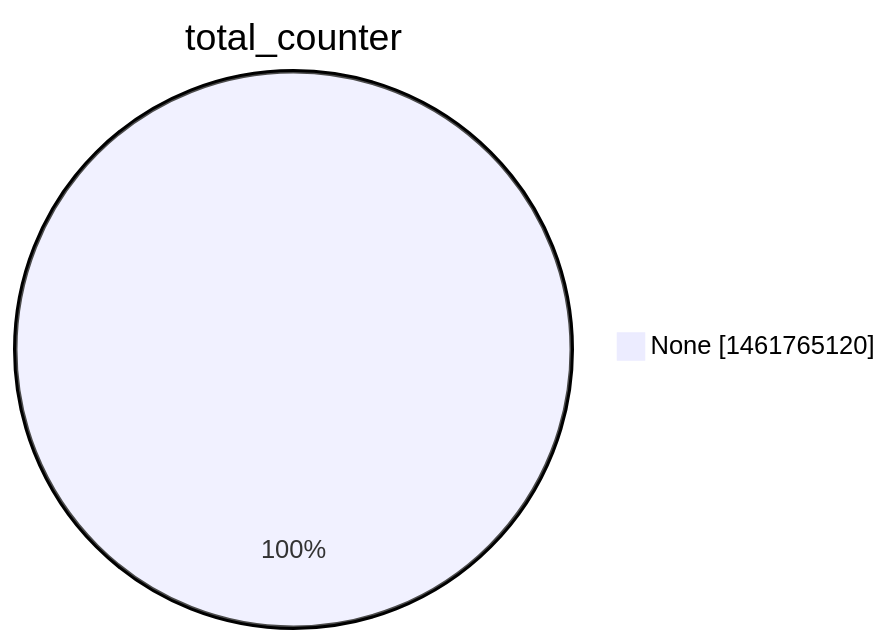
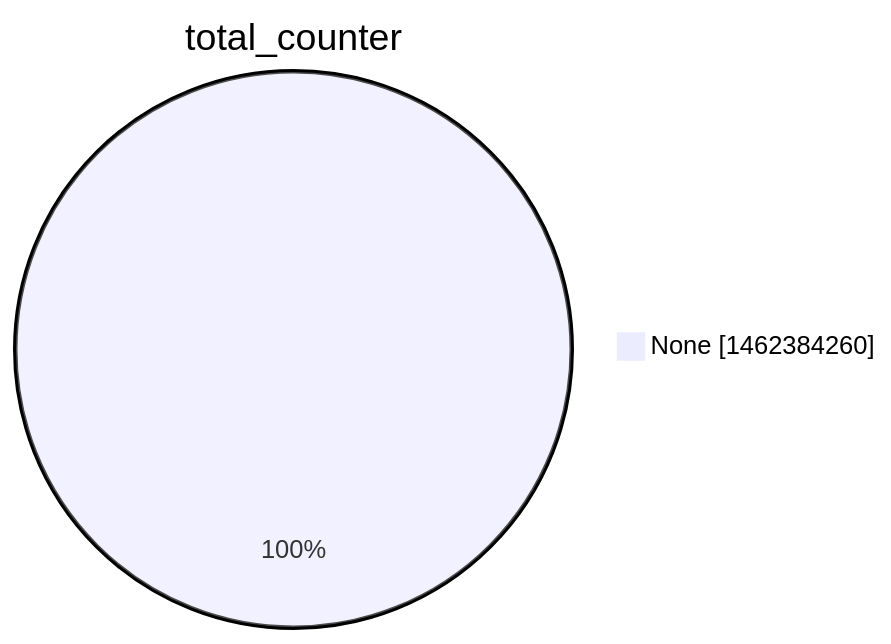
One commit to christiankrug/ctmonitor_visualization changed the second of 15 diagrams in argon2022/README.md. Above: the diagram before and after it, drawn with Mermaid. The commit also changed other lines of this file, not shown here.

````diff
--- a/argon2022/README.md
+++ b/argon2022/README.md
@@ -9,5 +9,5 @@
 ```mermaid
 pie showData
 title total_counter
-"None" :1461765120
+"None" :1462384260
 ```
````
